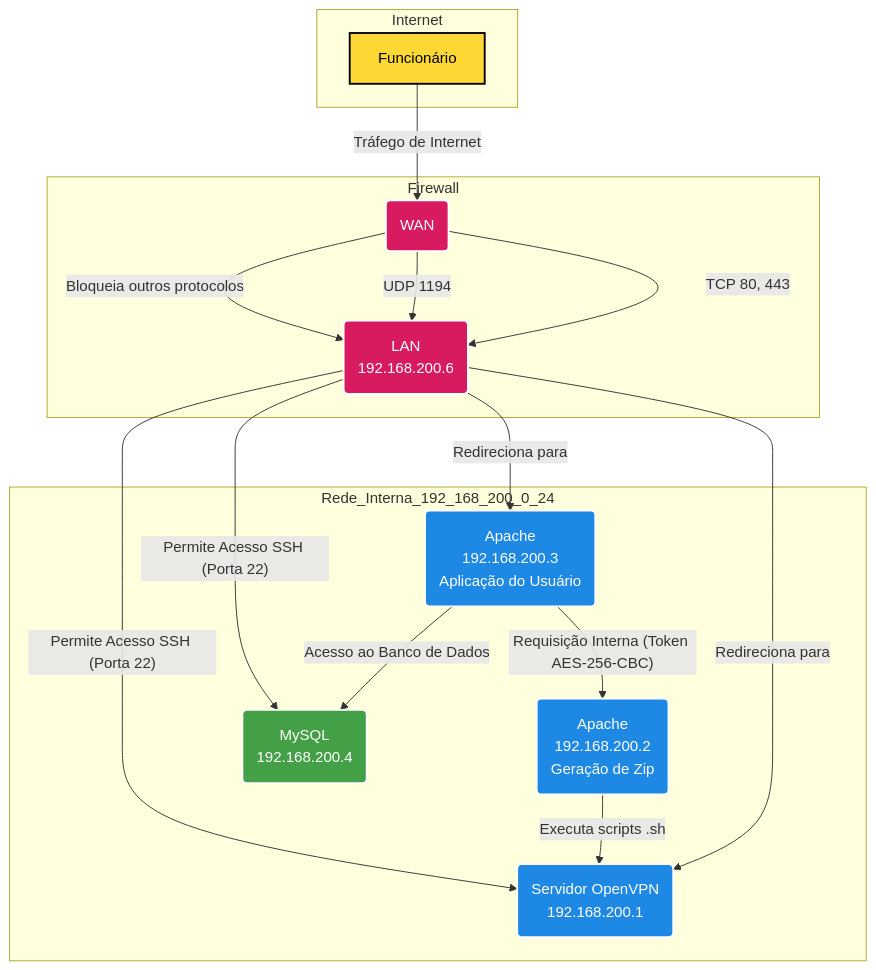
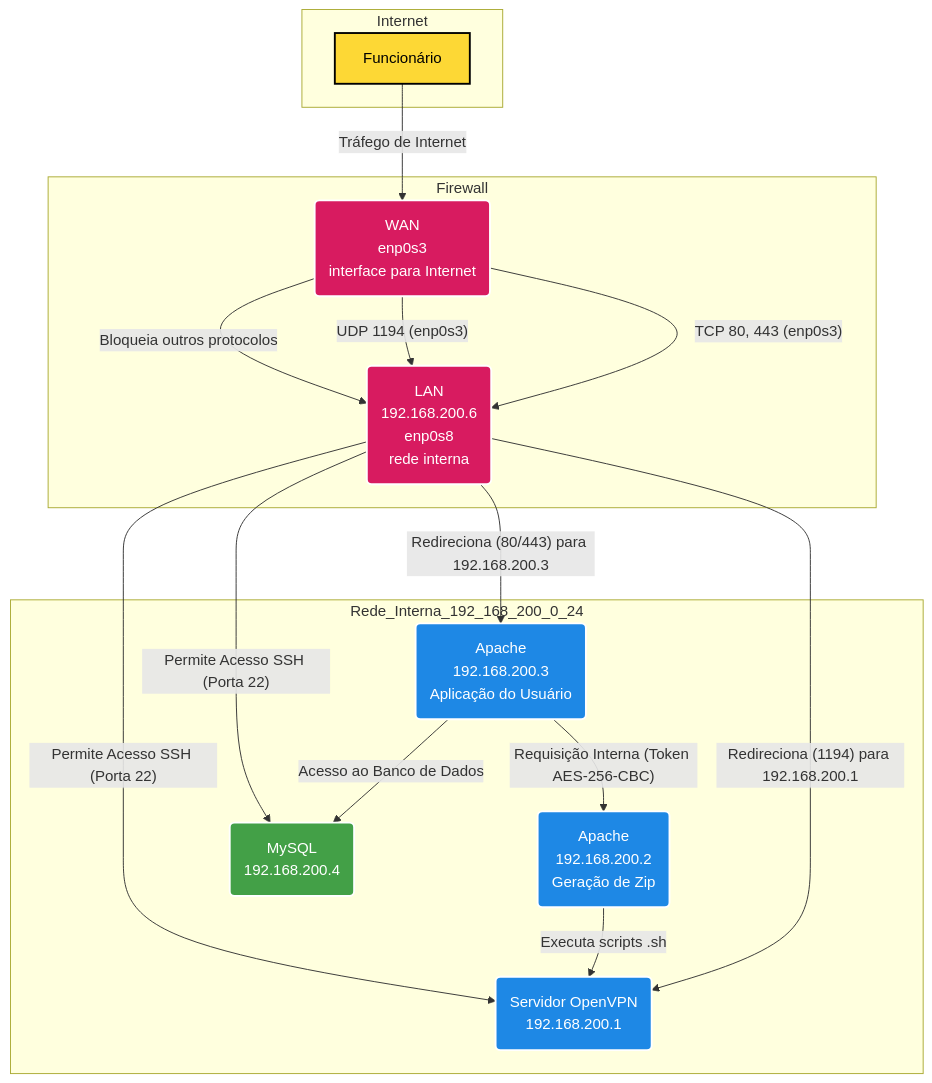
One commit to eljuanreis/AccessHUB-Vpn changed the diagram in README.md. Above: the diagram before and after it, drawn with Mermaid.

````diff
--- a/README.md
+++ b/README.md
@@ -9,48 +9,48 @@
 ```mermaid
 graph TD
     %% Paleta de cores neutras e visíveis em temas escuro e claro
     classDef node fill:#1e88e5,stroke:#ffffff,stroke-width:2px,color:#ffffff;
     classDef firewall fill:#d81b60,stroke:#ffffff,stroke-width:2px,color:#ffffff;
     classDef db fill:#43a047,stroke:#ffffff,stroke-width:2px,color:#ffffff;
     classDef user fill:#fdd835,stroke:#000000,stroke-width:2px,color:#000000;
 
     subgraph Internet
         USER[Funcionário]
     end
 
     subgraph Firewall
-        FW_WAN(WAN)
-        FW_LAN(LAN<br>192.168.200.6)
+        FW_WAN(WAN<br>enp0s3<br>interface para Internet)
+        FW_LAN(LAN<br>192.168.200.6<br>enp0s8<br>rede interna)
     end
 
     subgraph Rede_Interna_192_168_200_0_24
         M2_APACHE(Apache<br>192.168.200.3<br>Aplicação do Usuário)
         M1_OPENVPN(Servidor OpenVPN<br>192.168.200.1)
         M1_APACHE(Apache<br>192.168.200.2<br>Geração de Zip)
         DB_MYSQL(MySQL<br>192.168.200.4)
     end
 
     USER -- Tráfego de Internet --> FW_WAN
 
-    FW_WAN -- TCP 80, 443 --> FW_LAN
-    FW_LAN -- Redireciona para --> M2_APACHE
+    FW_WAN -- TCP 80, 443 (enp0s3) --> FW_LAN
+    FW_LAN -- Redireciona (80/443) para 192.168.200.3 --> M2_APACHE
 
-    FW_WAN -- UDP 1194 --> FW_LAN
-    FW_LAN -- Redireciona para --> M1_OPENVPN
+    FW_WAN -- UDP 1194 (enp0s3) --> FW_LAN
+    FW_LAN -- Redireciona (1194) para 192.168.200.1 --> M1_OPENVPN
 
     M2_APACHE -- Acesso ao Banco de Dados --> DB_MYSQL
     M2_APACHE -- Requisição Interna (Token AES-256-CBC) --> M1_APACHE
 
     M1_APACHE -- Executa scripts .sh --> M1_OPENVPN
 
     %% Acesso SSH permitido apenas da rede interna
     FW_LAN -- Permite Acesso SSH (Porta 22) --> M1_OPENVPN
     FW_LAN -- Permite Acesso SSH (Porta 22) --> DB_MYSQL
 
     FW_WAN -- Bloqueia outros protocolos --> FW_LAN
 
     class M2_APACHE,M1_OPENVPN,M1_APACHE node;
     class DB_MYSQL db;
     class FW_WAN,FW_LAN firewall;
-    class USER user;
+    class USER user
 ```
````
